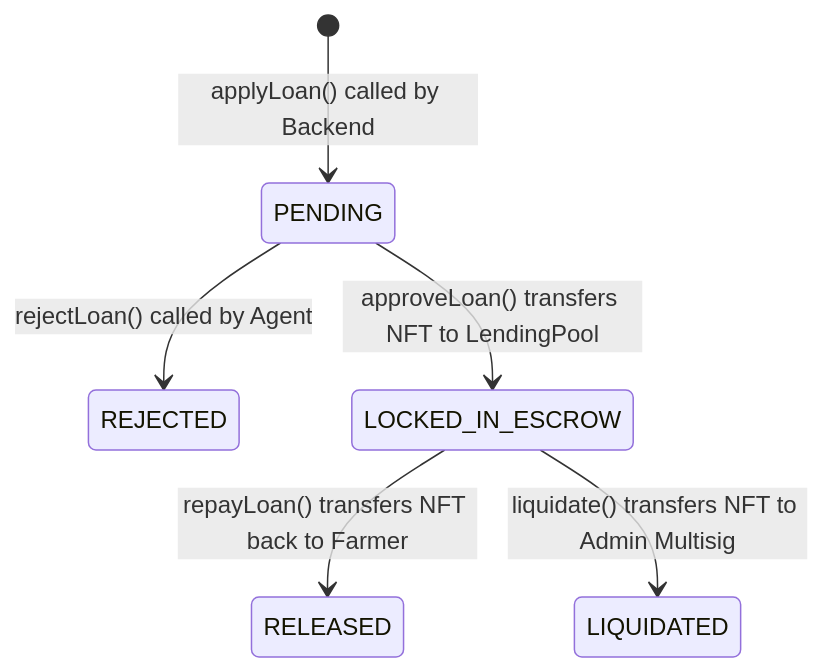
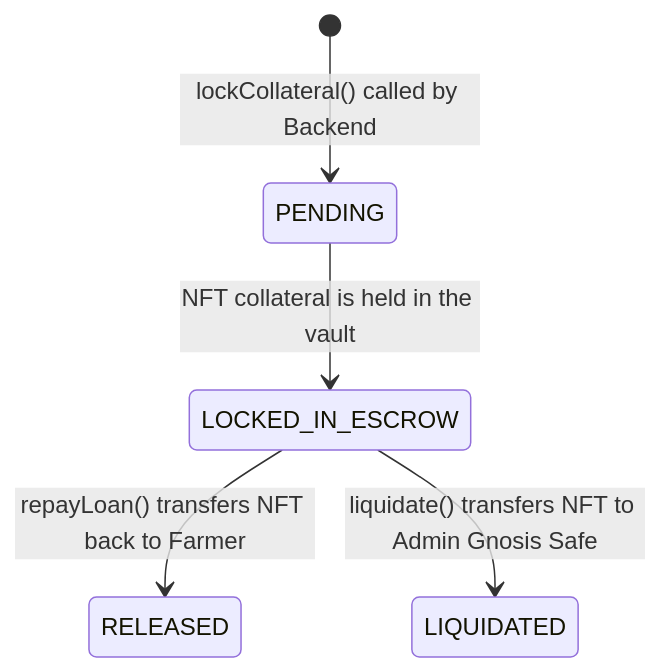
Before and after one commit to BikkoFarms/bikkofarms-platform: the fifth of 7 diagrams in system_architecture.md, drawn with Mermaid. The commit also changed other lines of this file and 16 other files, not shown here.

````diff
--- a/system_architecture.md
+++ b/system_architecture.md
@@ -208,8 +212,7 @@
 ```mermaid
 stateDiagram-v2
-    [*] --> PENDING : applyLoan() called by Backend
-    PENDING --> REJECTED : rejectLoan() called by Agent
-    PENDING --> LOCKED_IN_ESCROW : approveLoan() transfers NFT to LendingPool
+    [*] --> PENDING : lockCollateral() called by Backend
+    PENDING --> LOCKED_IN_ESCROW : NFT collateral is held in the vault
     LOCKED_IN_ESCROW --> RELEASED : repayLoan() transfers NFT back to Farmer
-    LOCKED_IN_ESCROW --> LIQUIDATED : liquidate() transfers NFT to Admin Multisig
+    LOCKED_IN_ESCROW --> LIQUIDATED : liquidate() transfers NFT to Admin Gnosis Safe
 ```
````
